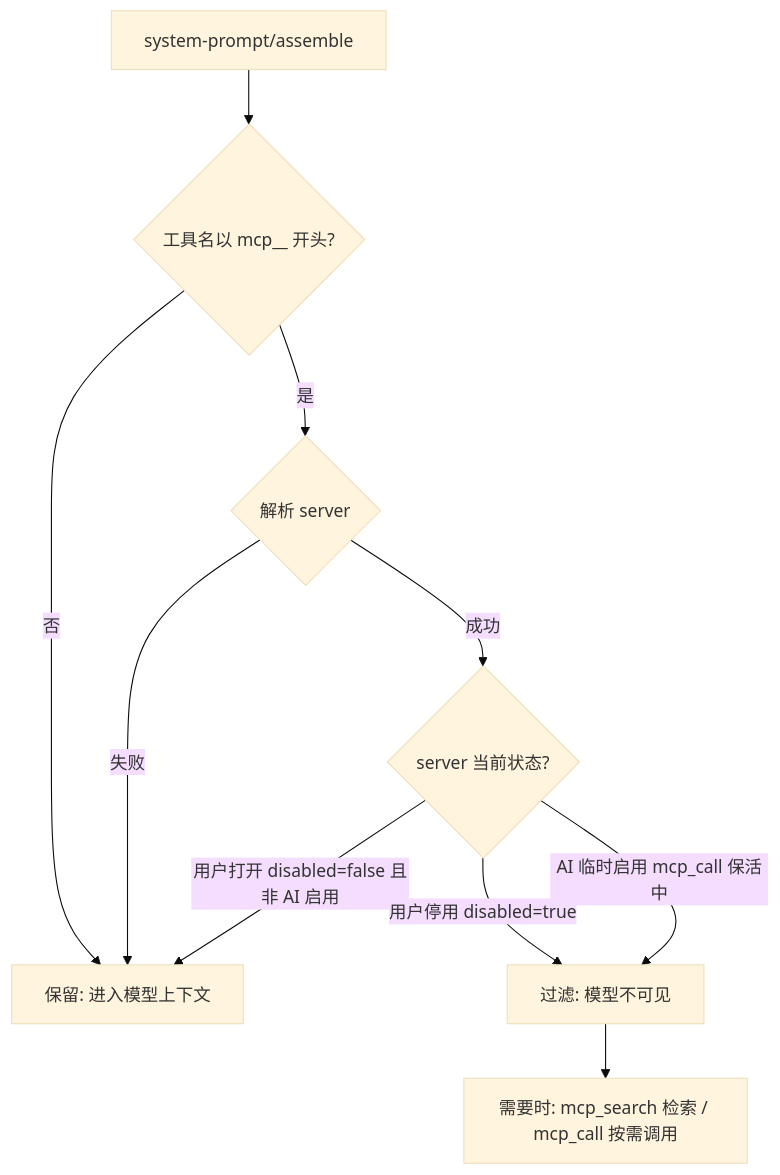
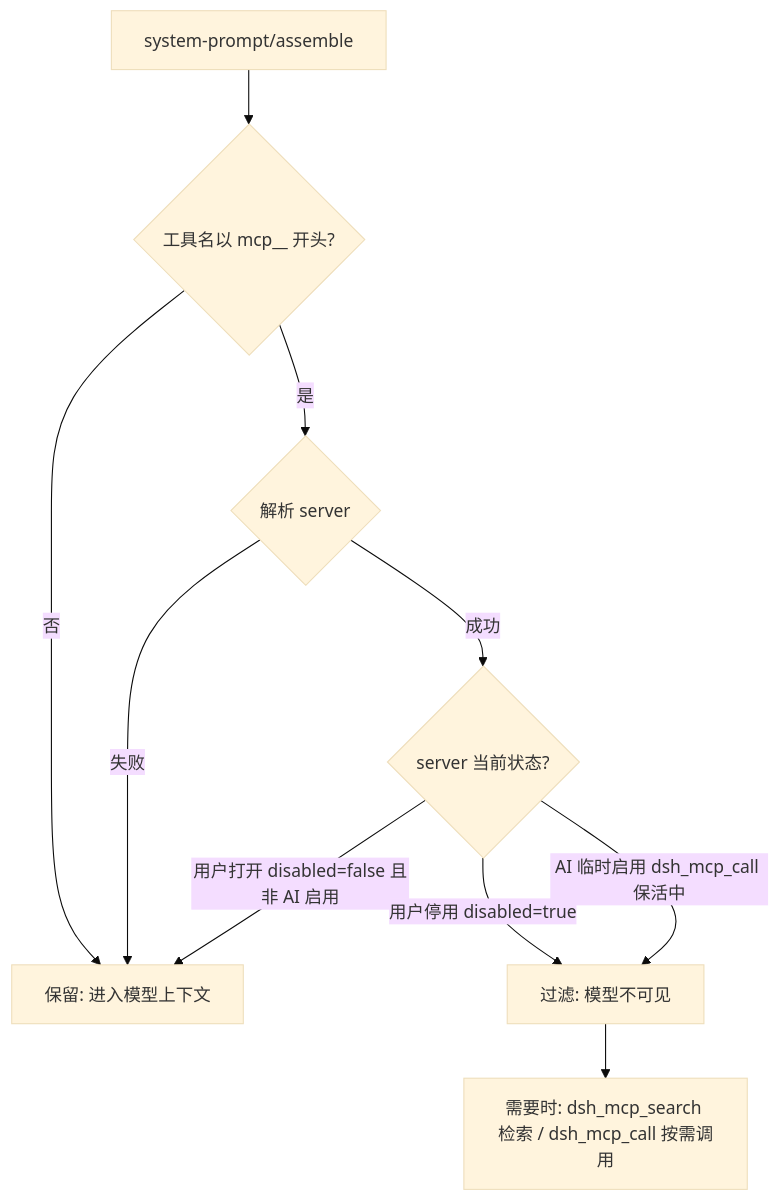
One commit to lilyblessing/dsh-mcp-skill-panel changed the second of 4 diagrams in README.md. Above: the diagram before and after it, drawn with Mermaid (base theme). The commit also changed other lines of this file and 71 other files, not shown here.

````diff
--- a/README.md
+++ b/README.md
@@ -69,12 +86,12 @@
 ```mermaid
 flowchart TD
     A[system-prompt/assemble] --> B{工具名以 mcp__ 开头?}
     B -- 否 --> K[保留: 进入模型上下文]
     B -- 是 --> C{解析 server}
     C -- 失败 --> K
     C -- 成功 --> D{server 当前状态?}
     D -- 用户打开 disabled=false 且非 AI 启用 --> K
     D -- 用户停用 disabled=true --> F[过滤: 模型不可见]
-    D -- AI 临时启用 mcp_call 保活中 --> F
-    F --> G[需要时: mcp_search 检索 / mcp_call 按需调用]
+    D -- AI 临时启用 dsh_mcp_call 保活中 --> F
+    F --> G[需要时: dsh_mcp_search 检索 / dsh_mcp_call 按需调用]
 ```
````
